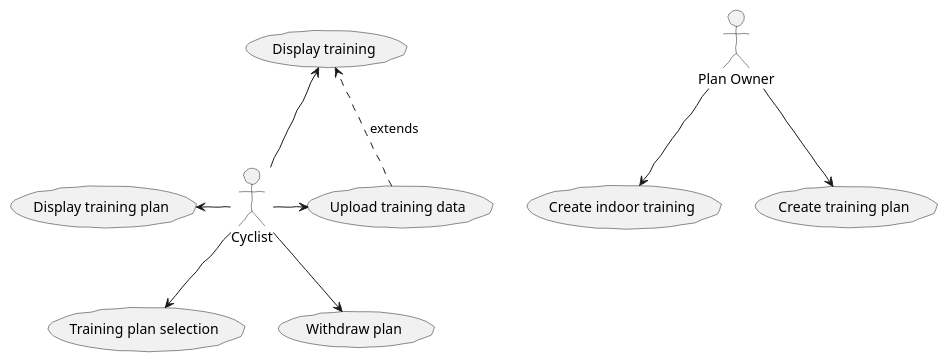
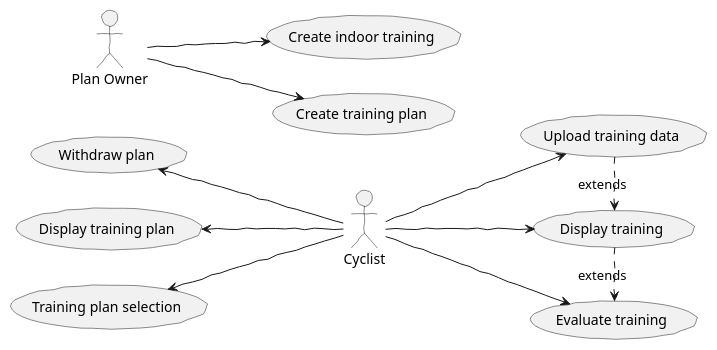
One commit to maciejmalecki/ciclismo changed the diagram in doc/includes/_01_requirements.adoc. Above: the diagram before and after it, drawn with PlantUML.

Commit message:
update diagram

```diff
--- a/doc/includes/_01_requirements.adoc
+++ b/doc/includes/_01_requirements.adoc
@@ -10,23 +10,26 @@
 [plantuml, actors, png]
 ....
 skinparam handwritten true
-top to bottom direction
+left to right direction
 :Cyclist:
 :Plan Owner: as Trainer
 (Training plan selection) as UC01
 (Display training plan) as UC02
 (Upload training data) as UC03
 (Display training) as UC04
 (Withdraw plan) as UC05
+(Evaluate training) as UC06
 (Create indoor training) as UC12
 (Create training plan) as UC11
 
-:Cyclist: --> UC01
-:Cyclist: -left-> UC02
-:Cyclist: -> UC03
-:Cyclist: -up-> UC04
-:Cyclist: --> UC05
+:Cyclist: -up-> UC01
+:Cyclist: -up-> UC02
+:Cyclist: --> UC03
+:Cyclist: -> UC04
+:Cyclist: -up-> UC05
+:Cyclist: -> UC06
 UC03 .> UC04 : extends
+UC04 .> UC06: extends
 Trainer --> UC11
 Trainer --> UC12
 ....
```
